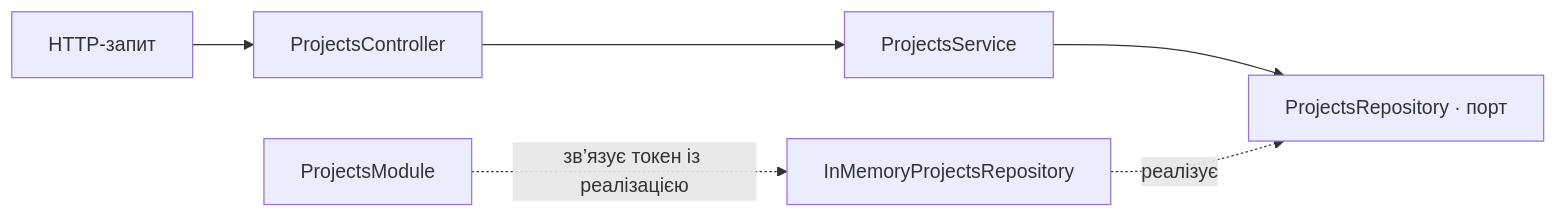
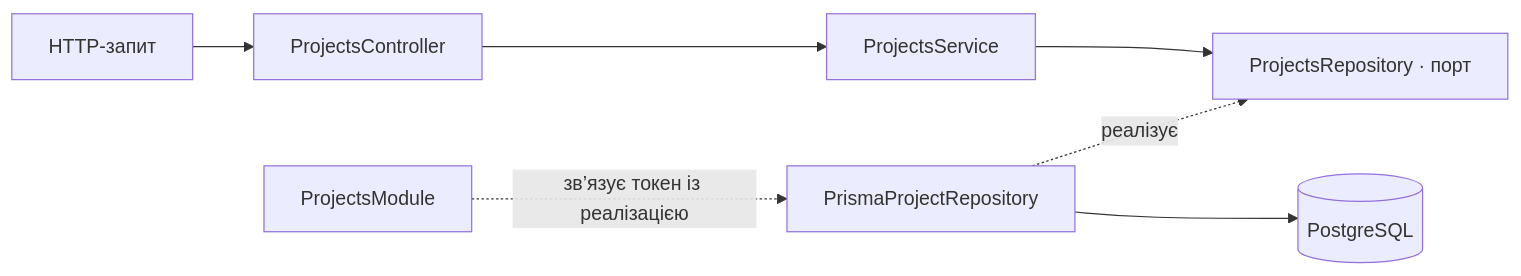
One commit to truesentry/StudyFlow changed the diagram in README.md. Above: the diagram before and after it, drawn with Mermaid. The commit also changed other lines of this file and 19 other files, not shown here.

Commit message:
Persist StudyFlow projects in PostgreSQL with Prisma

````diff
--- a/README.md
+++ b/README.md
@@ -54,8 +66,9 @@
 ```mermaid
 flowchart LR
   HTTP["HTTP-запит"] --> C["ProjectsController"]
   C --> S["ProjectsService"]
   S --> P["ProjectsRepository · порт"]
-  A["InMemoryProjectsRepository"] -. реалізує .-> P
+  A["PrismaProjectRepository"] -. реалізує .-> P
+  A --> DB[("PostgreSQL")]
   M["ProjectsModule"] -. зв’язує токен із реалізацією .-> A
 ```
````
